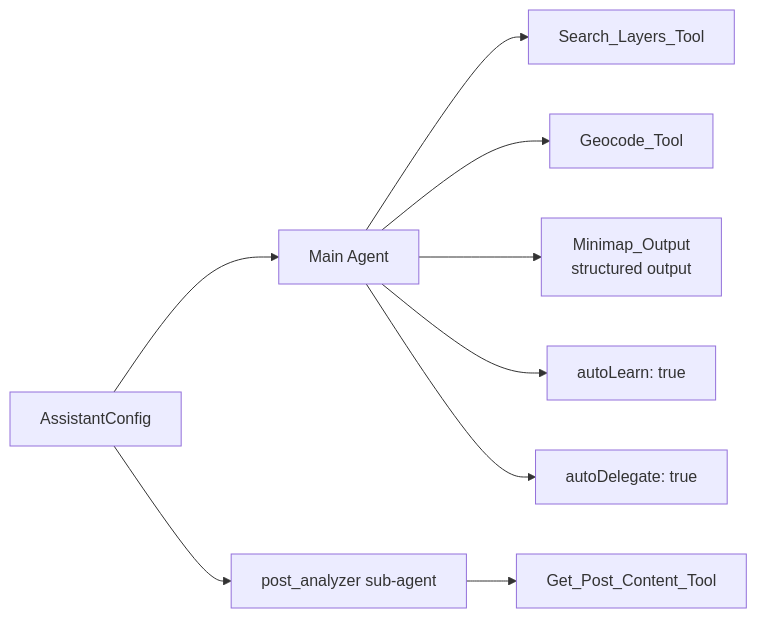
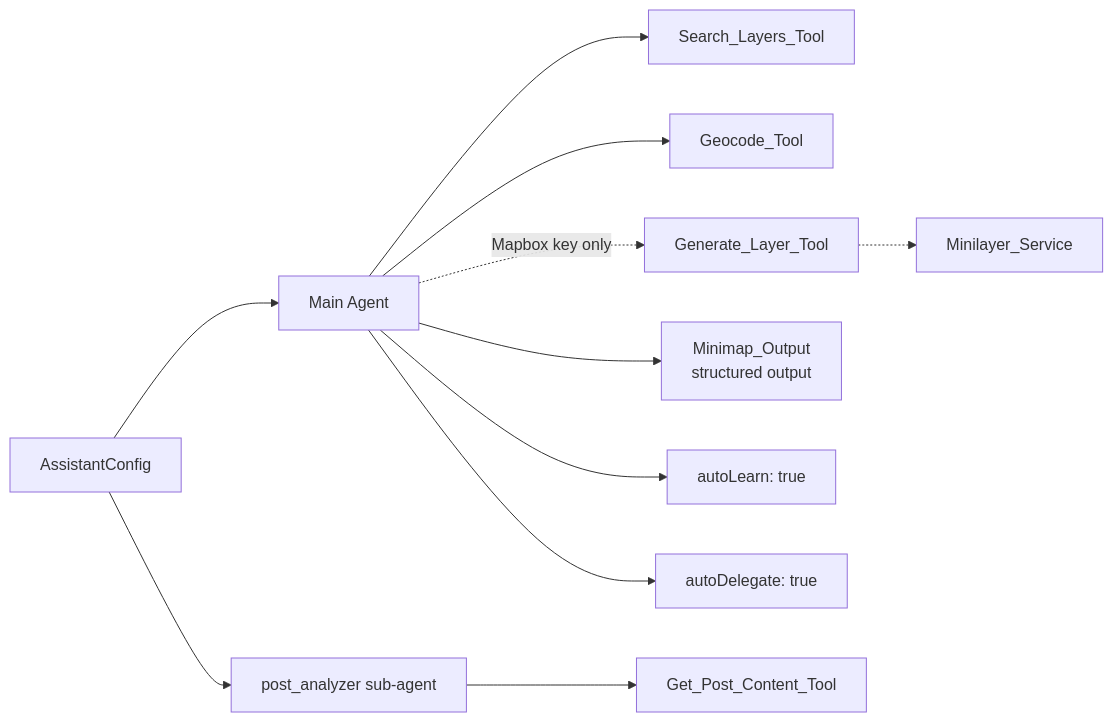
The second of 7 diagrams in .architecture/minimap/README.md (InfoAmazonia/jeo-plugin), drawn with Mermaid before and after one commit. The commit also changed other lines of this file and 8 other files, not shown here.

````diff
--- a/.architecture/minimap/README.md
+++ b/.architecture/minimap/README.md
@@ -113,11 +117,13 @@
 ```mermaid
 graph LR
     A[AssistantConfig] --> B[Main Agent]
     A --> C[post_analyzer sub-agent]
     B --> D[Search_Layers_Tool]
     B --> E[Geocode_Tool]
-    C --> F[Get_Post_Content_Tool]
-    B --> G[Minimap_Output<br/>structured output]
-    B --> H[autoLearn: true]
-    B --> I[autoDelegate: true]
+    B -.->|Mapbox key only| F[Generate_Layer_Tool]
+    C --> G[Get_Post_Content_Tool]
+    F -.-> H[Minilayer_Service]
+    B --> I[Minimap_Output<br/>structured output]
+    B --> J[autoLearn: true]
+    B --> K[autoDelegate: true]
 ```
````
